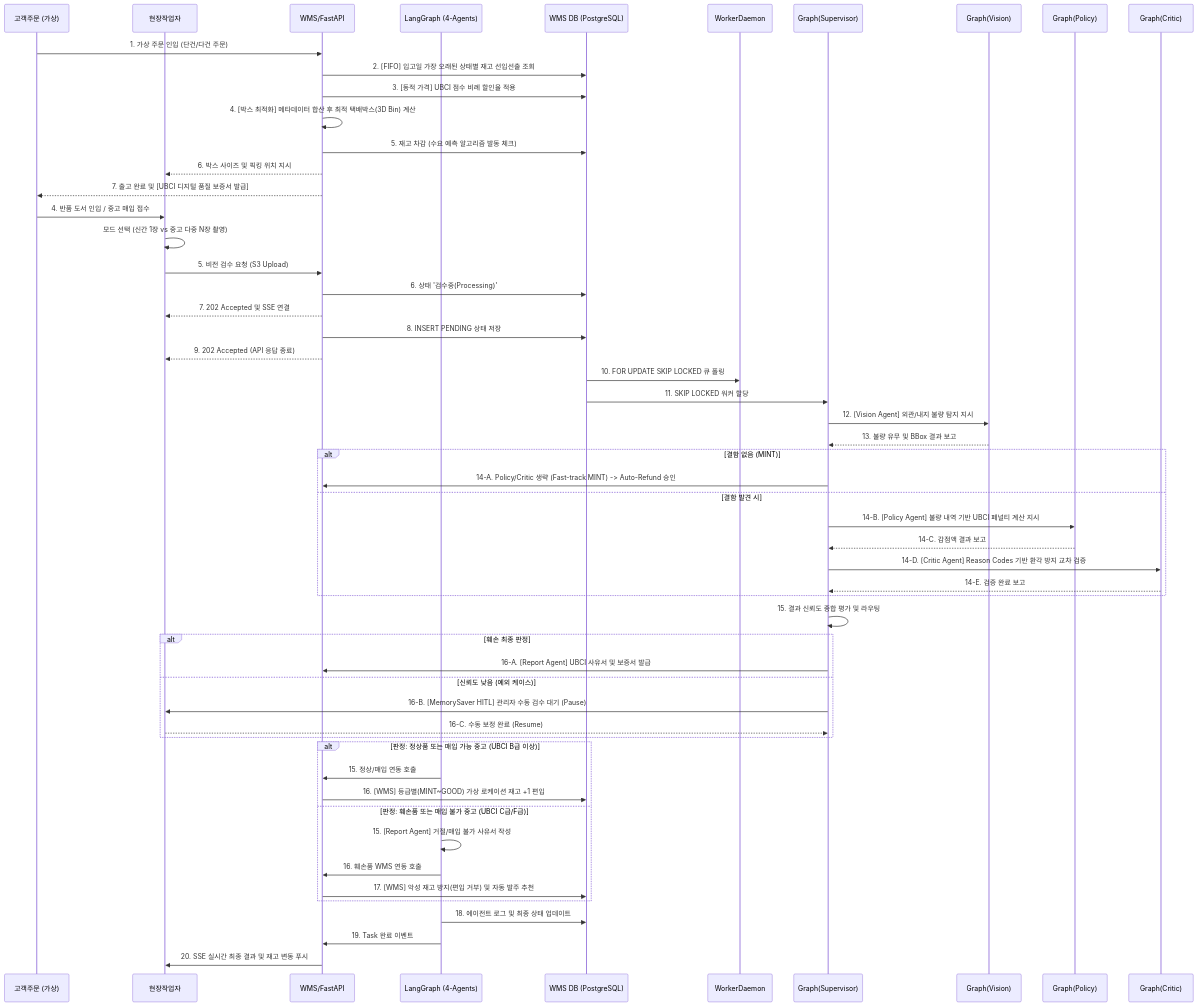
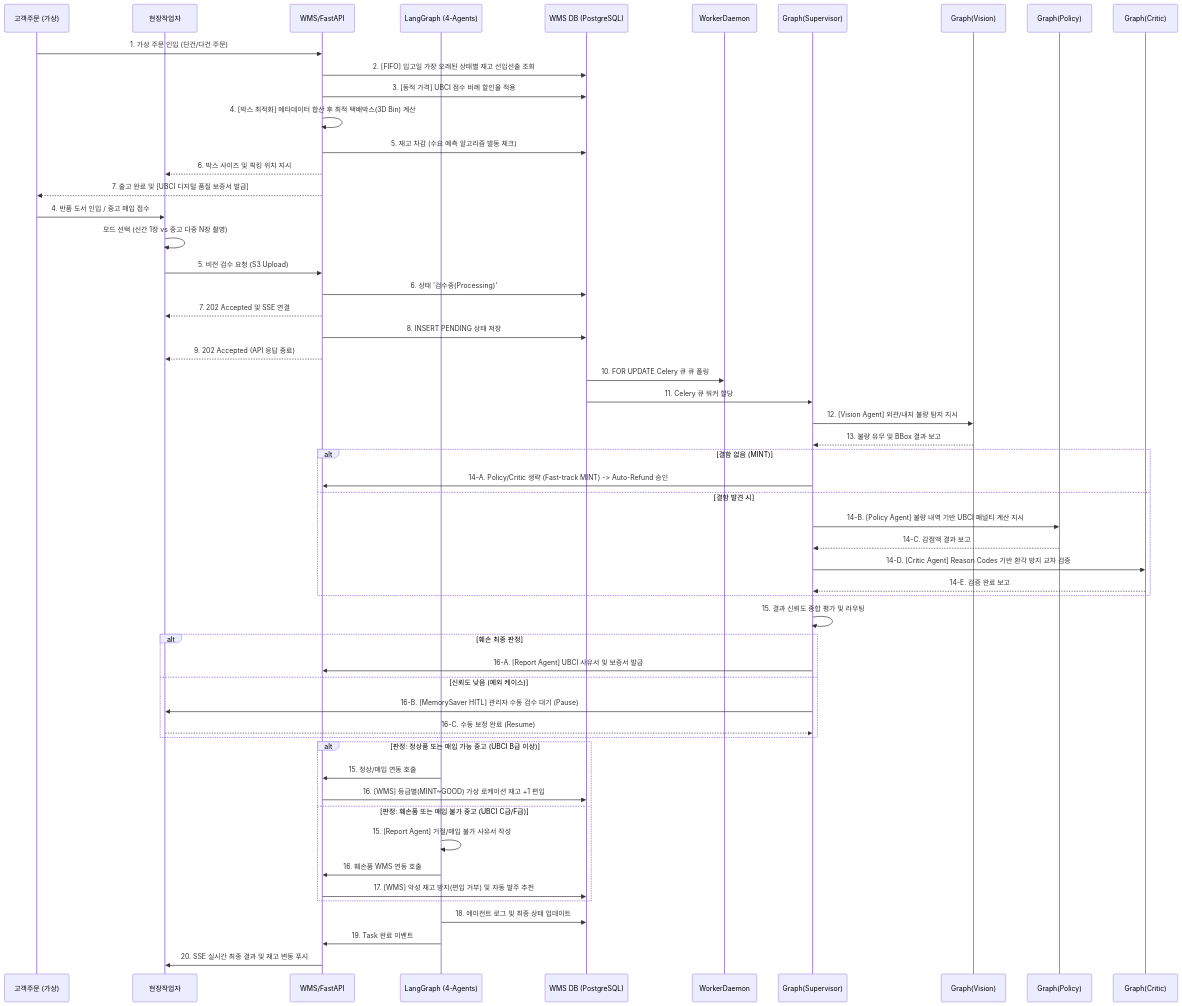
The third of 4 diagrams in docs/B2B_WMS_AI_Platform_워크플로우_ver1.3.md (jmkyong9393/wms-core-frontend), drawn with Mermaid before and after one commit. The commit also changed other lines of this file and 2 other files, not shown here.

Commit message:
chore(docs): clean up remaining legacy DB queue keywords

````diff
--- a/docs/B2B_WMS_AI_Platform_워크플로우_ver1.3.md
+++ b/docs/B2B_WMS_AI_Platform_워크플로우_ver1.3.md
@@ -82,63 +82,63 @@
 ```mermaid
 sequenceDiagram
     participant Customer as 고객주문 (가상)
     participant Worker as 현장작업자
     participant API as WMS/FastAPI
     participant Graph as LangGraph (4-Agents)
     participant DB as WMS DB (PostgreSQL)
 
     %% [1] 스마트 출고 로직 (Smart Outbound)
     Customer->>API: 1. 가상 주문 인입 (단건/다건 주문)
     API->>DB: 2. [FIFO] 입고일 가장 오래된 상태별 재고 선입선출 조회
     API->>DB: 3. [동적 가격] UBCI 점수 비례 할인율 적용
     API->>API: 4. [박스 최적화] 메타데이터 합산 후 최적 택배박스(3D Bin) 계산
     API->>DB: 5. 재고 차감 (수요 예측 알고리즘 발동 체크)
     API-->>Worker: 6. 박스 사이즈 및 픽킹 위치 지시
     API-->>Customer: 7. 출고 완료 및 [UBCI 디지털 품질 보증서 발급]
     %% [2] 반품 및 매입 로직 (Returns / Used Purchases)
     Customer->>Worker: 4. 반품 도서 인입 / 중고 매입 접수
     Worker->>Worker: 모드 선택 (신간 1장 vs 중고 다중 N장 촬영)
     Worker->>API: 5. 비전 검수 요청 (S3 Upload)
     API->>DB: 6. 상태 '검수중(Processing)'
     API-->>Worker: 7. 202 Accepted 및 SSE 연결
     
     %% [3] DB Queue & Worker (Decoupling)
     API->>DB: 8. INSERT PENDING 상태 저장
     API-->>Worker: 9. 202 Accepted (API 응답 종료)
-    DB->>WorkerDaemon: 10. FOR UPDATE SKIP LOCKED 큐 폴링
+    DB->>WorkerDaemon: 10. FOR UPDATE Celery 큐 큐 폴링
     %% [4] LangGraph Supervisor Star Topology 처리
-    DB->>Graph(Supervisor): 11. SKIP LOCKED 워커 할당
+    DB->>Graph(Supervisor): 11. Celery 큐 워커 할당
     Graph(Supervisor)->>Graph(Vision): 12. [Vision Agent] 외관/내지 불량 탐지 지시
     Graph(Vision)-->>Graph(Supervisor): 13. 불량 유무 및 BBox 결과 보고
     
     alt 결함 없음 (MINT)
         Graph(Supervisor)->>API: 14-A. Policy/Critic 생략 (Fast-track MINT) -> Auto-Refund 승인
     else 결함 발견 시
         Graph(Supervisor)->>Graph(Policy): 14-B. [Policy Agent] 불량 내역 기반 UBCI 페널티 계산 지시
         Graph(Policy)-->>Graph(Supervisor): 14-C. 감점액 결과 보고
         Graph(Supervisor)->>Graph(Critic): 14-D. [Critic Agent] Reason Codes 기반 환각 방지 교차 검증
         Graph(Critic)-->>Graph(Supervisor): 14-E. 검증 완료 보고
     end
     
     Graph(Supervisor)->>Graph(Supervisor): 15. 결과 신뢰도 종합 평가 및 라우팅
     alt 훼손 최종 판정
         Graph(Supervisor)->>API: 16-A. [Report Agent] UBCI 사유서 및 보증서 발급
     else 신뢰도 낮음 (예외 케이스)
         Graph(Supervisor)->>Worker: 16-B. [MemorySaver HITL] 관리자 수동 검수 대기 (Pause)
         Worker-->>Graph(Supervisor): 16-C. 수동 보정 완료 (Resume)
     end
     
     %% [5] 입고/재고 연동 로직 (Inbound)
     alt 판정: 정상품 또는 매입 가능 중고 (UBCI B급 이상)
         Graph->>API: 15. 정상/매입 연동 호출
         API->>DB: 16. [WMS] 등급별(MINT~GOOD) 가상 로케이션 재고 +1 편입
     else 판정: 훼손품 또는 매입 불가 중고 (UBCI C급/F급)
         Graph->>Graph: 15. [Report Agent] 거절/매입 불가 사유서 작성
         Graph->>API: 16. 훼손품 WMS 연동 호출
         API->>DB: 17. [WMS] 악성 재고 방지(편입 거부) 및 자동 발주 추천
     end
     
     Graph->>DB: 18. 에이전트 로그 및 최종 상태 업데이트
     Graph->>API: 19. Task 완료 이벤트
     API->>Worker: 20. SSE 실시간 최종 결과 및 재고 변동 푸시
 ```
````
